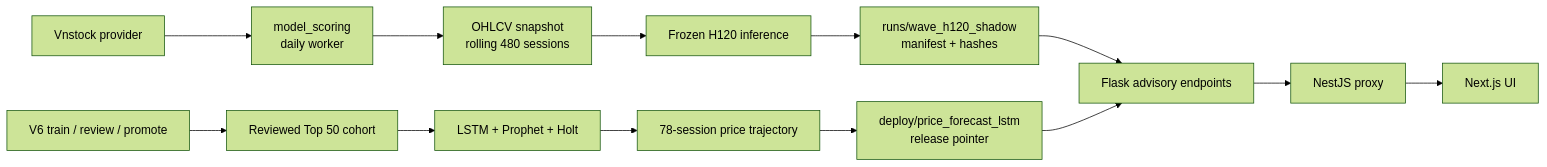
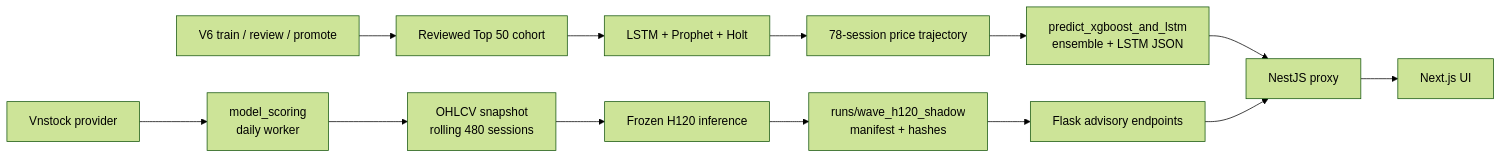
The second of 3 diagrams in docs/architecture_diagram.md (countduck4819/P-238_vnstock_free), drawn with Mermaid (forest theme) before and after one commit. The commit also changed other lines of this file and 7 other files, not shown here.

First line of the commit message:
fix(long-term): đọc dự đoán dài hạn trực tiếp từ predict_xgboost_and_lstm

````diff
--- a/docs/architecture_diagram.md
+++ b/docs/architecture_diagram.md
@@ -33,15 +33,15 @@
 ```mermaid
 flowchart LR
     Vnstock[Vnstock provider] --> WORK[model_scoring<br/>daily worker]
     WORK --> SNAP[OHLCV snapshot<br/>rolling 480 sessions]
     SNAP --> H120[Frozen H120 inference]
     H120 --> HR[runs/wave_h120_shadow<br/>manifest + hashes]
     HR --> DATA[Flask advisory endpoints]
     V6[V6 train / review / promote] --> TOP[Reviewed Top 50 cohort]
     TOP --> ENS[LSTM + Prophet + Holt]
     ENS --> PATH[78-session price trajectory]
-    PATH --> REL[deploy/price_forecast_lstm<br/>release pointer]
-    REL --> DATA
+    PATH --> REL[predict_xgboost_and_lstm<br/>ensemble + LSTM JSON]
+    REL --> API
     DATA --> API[NestJS proxy]
     API --> WEB[Next.js UI]
 ```
````
